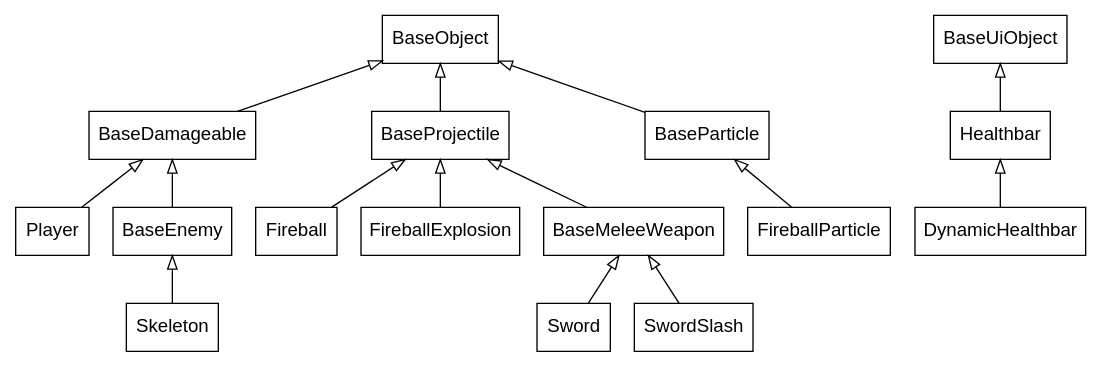
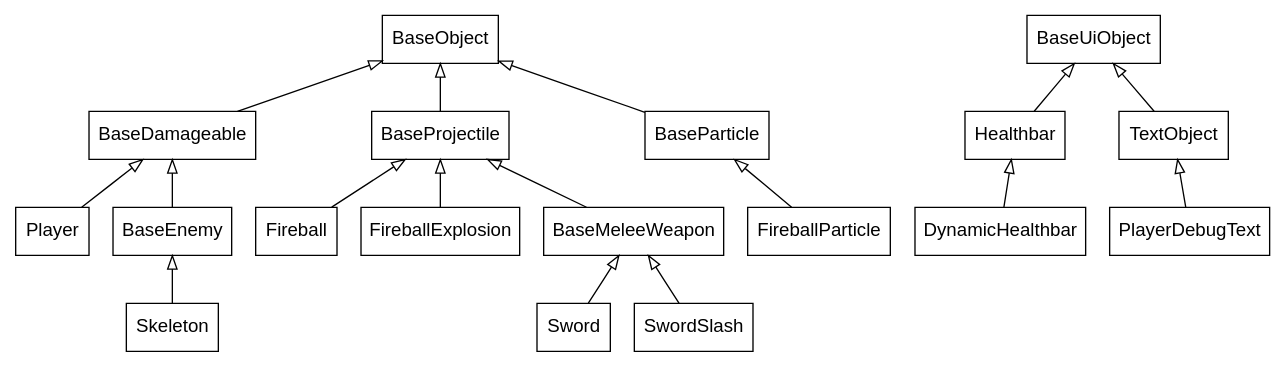
The diagram in inheritance.gv (lachfoy/2dgameABANDONED), drawn with Graphviz before and after one commit. The commit also changed 8 other files, not shown here.

```diff
--- a/inheritance.gv
+++ b/inheritance.gv
@@ -1,16 +1,17 @@
 digraph inheritance {
     node [shape=box fontname="Helvetica,Arial,sans-serif"]
     edge [dir=back arrowtail=empty]
 
     BaseObject->{BaseDamageable, BaseProjectile, BaseParticle}
     BaseDamageable->{Player, BaseEnemy}
     BaseProjectile->{Fireball, FireballExplosion, BaseMeleeWeapon}
     BaseParticle->FireballParticle
     BaseMeleeWeapon->{Sword, SwordSlash}
     BaseEnemy->Skeleton
 
-    BaseUiObject->Healthbar
+    BaseUiObject->{Healthbar, TextObject}
     Healthbar->DynamicHealthbar
+    TextObject->PlayerDebugText
 }
 
 // use `dot -Tpng -O inheritance.gv` to generate a .png
```
